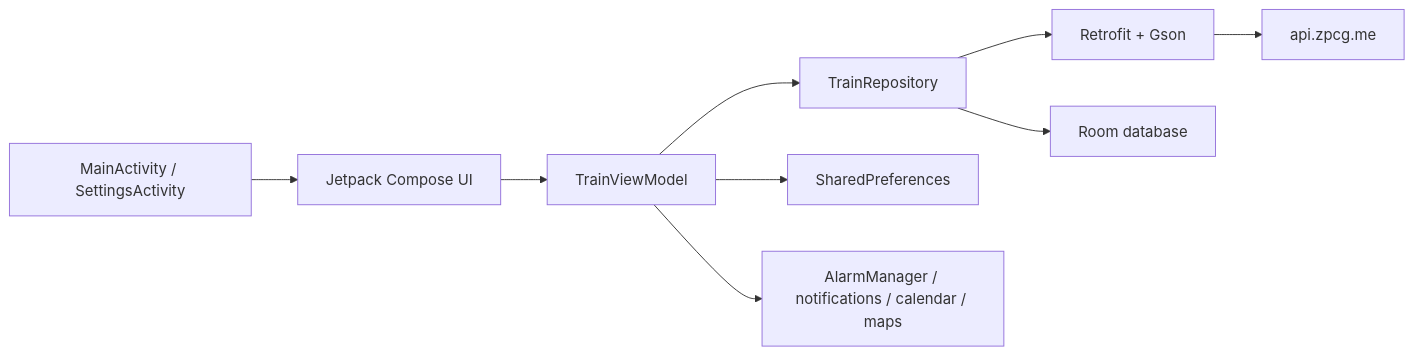
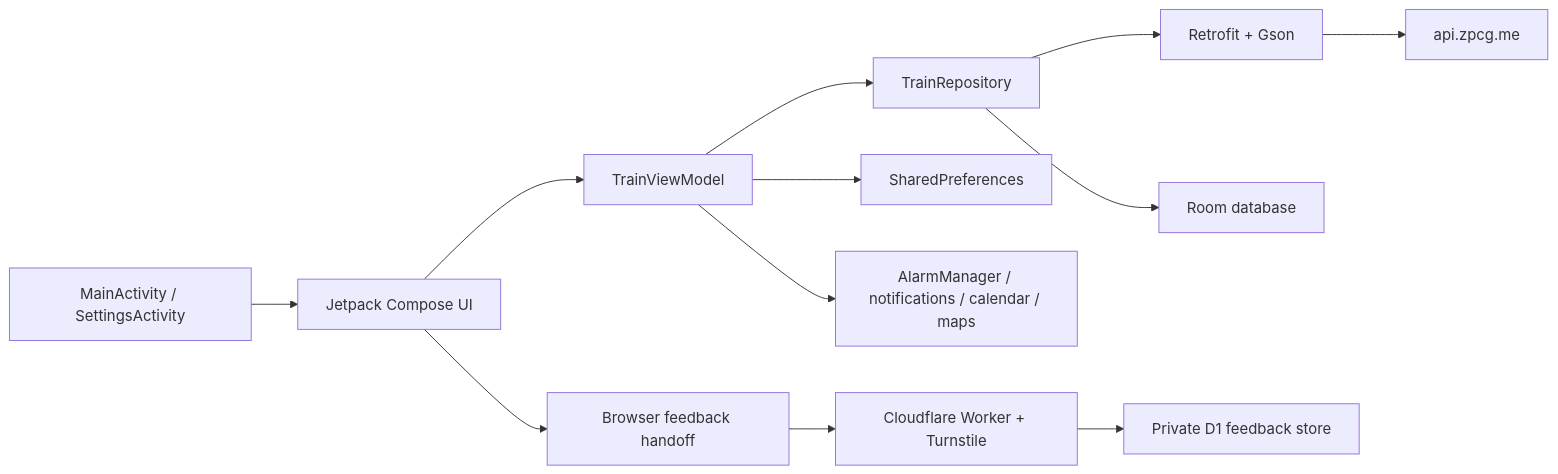
One commit to queukat/TrainApp changed the diagram in docs/architecture.md. Above: the diagram before and after it, drawn with Mermaid. The commit also changed other lines of this file and 36 other files, not shown here.

Commit message:
feat: add account-free feedback flow

````diff
--- a/docs/architecture.md
+++ b/docs/architecture.md
@@ -9,11 +9,14 @@
 ```mermaid
 flowchart LR
     entry["MainActivity / SettingsActivity"] --> ui["Jetpack Compose UI"]
     ui --> vm["TrainViewModel"]
     vm --> repo["TrainRepository"]
     repo --> api["Retrofit + Gson"]
     repo --> room["Room database"]
     vm --> prefs["SharedPreferences"]
     vm --> android["AlarmManager / notifications / calendar / maps"]
+    ui --> feedback["Browser feedback handoff"]
     api --> remote["api.zpcg.me"]
+    feedback --> worker["Cloudflare Worker + Turnstile"]
+    worker --> d1["Private D1 feedback store"]
 ```
````
